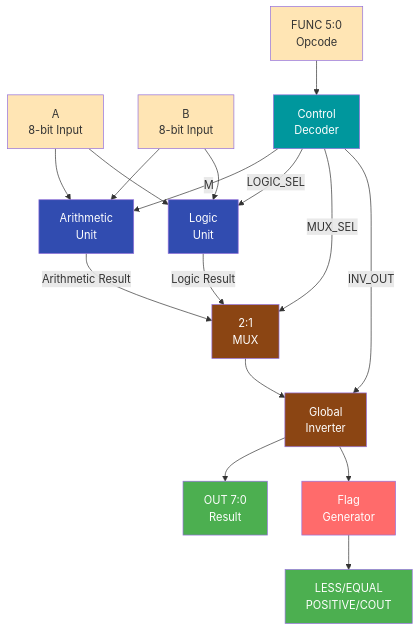
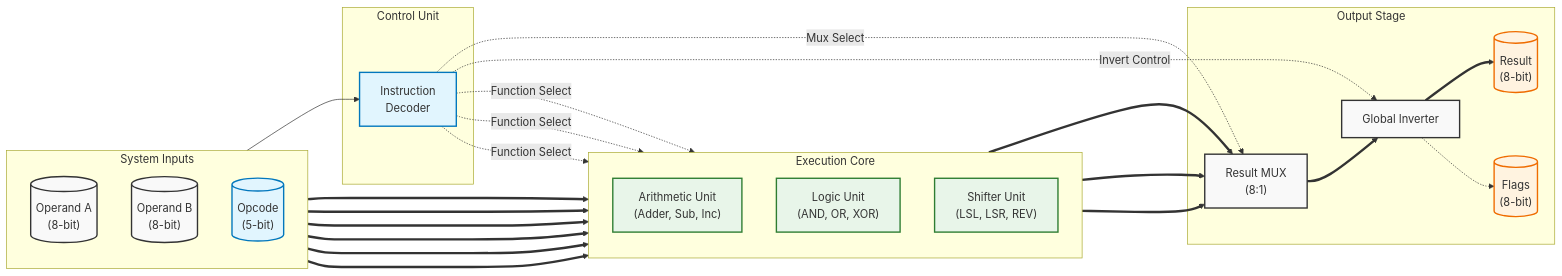
One commit to tmarhguy/8bit-discrete-transistor-alu changed the first of 2 diagrams in README.md. Above: the diagram before and after it, drawn with Mermaid. The commit also changed other lines of this file and 105 other files, not shown here.

````diff
--- a/README.md
+++ b/README.md
@@ -209,34 +204,53 @@
 ```mermaid
-graph TB
-    A[A<br/>8-bit Input] --> Arith[Arithmetic<br/>Unit]
-    B[B<br/>8-bit Input] --> Arith
-    A --> Logic[Logic<br/>Unit]
-    B --> Logic
-  
-    FUNC[FUNC 5:0<br/>Opcode] --> Control[Control<br/>Decoder]
-  
-    Control -->|M| Arith
-    Control -->|LOGIC_SEL| Logic
-    Control -->|MUX_SEL| Mux[2:1<br/>MUX]
-    Control -->|INV_OUT| Inv[Global<br/>Inverter]
-  
-    Arith -->|Arithmetic Result| Mux
-    Logic -->|Logic Result| Mux
-  
-    Mux --> Inv
-    Inv --> OUT[OUT 7:0<br/>Result]
-    Inv --> Flags[Flag<br/>Generator]
-    Flags --> FL[LESS/EQUAL<br/>POSITIVE/COUT]
-  
-    style A fill:#FFE5B4
-    style B fill:#FFE5B4
-    style FUNC fill:#FFE5B4
-    style Arith fill:#314CB0,color:#fff
-    style Logic fill:#314CB0,color:#fff
-    style Control fill:#00979D,color:#fff
-    style Mux fill:#8B4513,color:#fff
-    style Inv fill:#8B4513,color:#fff
-    style OUT fill:#4CAF50,color:#fff
-    style Flags fill:#FF6B6B,color:#fff
-    style FL fill:#4CAF50,color:#fff
+graph LR
+    %% Style Definitions
+    classDef data fill:#f9f9f9,stroke:#333,stroke-width:2px;
+    classDef control fill:#e1f5fe,stroke:#0277bd,stroke-width:2px;
+    classDef logic fill:#e8f5e9,stroke:#2e7d32,stroke-width:2px;
+    classDef output fill:#fff3e0,stroke:#ef6c00,stroke-width:2px;
+
+    subgraph Inputs ["System Inputs"]
+        direction TB
+        A[("Operand A<br/>(8-bit)")]:::data
+        B[("Operand B<br/>(8-bit)")]:::data
+        Opcode[("Opcode<br/>(5-bit)")]:::control
+    end
+
+    subgraph Control ["Control Unit"]
+        Decoder["Instruction<br/>Decoder"]:::control
+    end
+
+    subgraph Execution ["Execution Core"]
+        direction TB
+        Arith["Arithmetic Unit<br/>(Adder, Sub, Inc)"]:::logic
+        Logic["Logic Unit<br/>(AND, OR, XOR)"]:::logic
+        Shift["Shifter Unit<br/>(LSL, LSR, REV)"]:::logic
+    end
+
+    subgraph OutStage ["Output Stage"]
+        Mux["Result MUX<br/>(8:1)"]:::data
+        Inv["Global Inverter"]:::data
+        Result[("Result<br/>(8-bit)")]:::output
+        Flags[("Flags<br/>(8-bit)")]:::output
+    end
+
+    %% Data Path Connections (Thick Lines)
+    A ==> Arith & Logic & Shift
+    B ==> Arith & Logic & Shift
+    
+    Arith ==> Mux
+    Logic ==> Mux
+    Shift ==> Mux
+    
+    Mux ==> Inv
+    Inv ==> Result
+    Inv -.-> Flags
+
+    %% Control Path Connections (Thin/Dotted)
+    Opcode --> Decoder
+    Decoder -.->|"Function Select"| Arith
+    Decoder -.->|"Function Select"| Logic
+    Decoder -.->|"Function Select"| Shift
+    Decoder -.->|"Mux Select"| Mux
+    Decoder -.->|"Invert Control"| Inv
 ```
````
